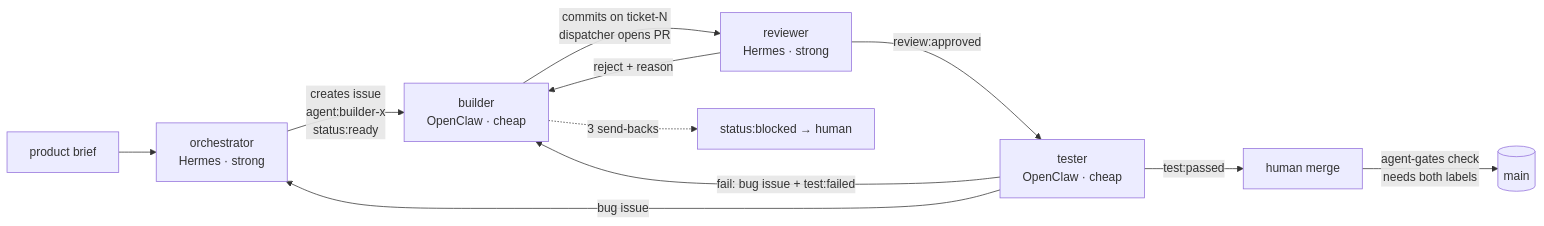
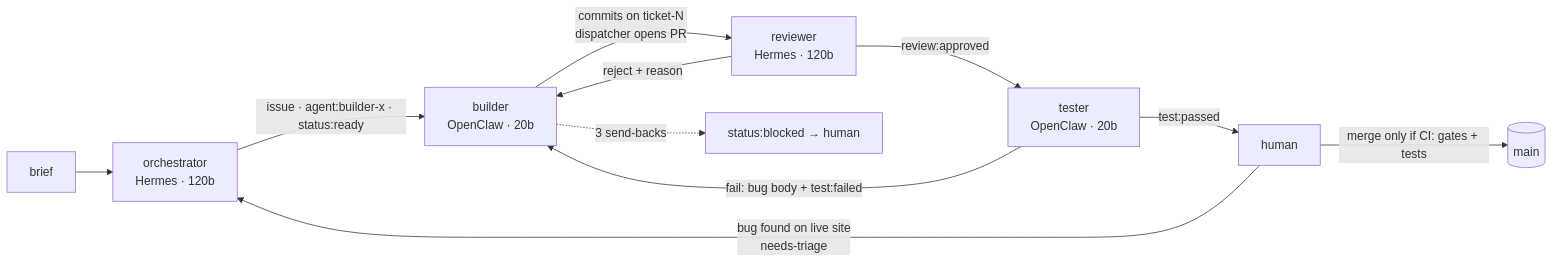
Before and after one commit to khushi-saxena/agent-dev-team: the diagram in DELIVERY.md, drawn with Mermaid. The commit also changed other lines of this file and 12 other files, not shown here.

````diff
--- a/DELIVERY.md
+++ b/DELIVERY.md
@@ -29,13 +42,13 @@
 ```mermaid
 flowchart LR
-  B[product brief] --> O[orchestrator<br/>Hermes · strong]
-  O -->|creates issue<br/>agent:builder-x<br/>status:ready| BU[builder<br/>OpenClaw · cheap]
-  BU -->|commits on ticket-N<br/>dispatcher opens PR| R[reviewer<br/>Hermes · strong]
+  B[brief] --> O[orchestrator<br/>Hermes · 120b]
+  O -->|issue · agent:builder-x · status:ready| BU[builder<br/>OpenClaw · 20b]
+  BU -->|commits on ticket-N<br/>dispatcher opens PR| R[reviewer<br/>Hermes · 120b]
   R -->|reject + reason| BU
-  R -->|review:approved| T[tester<br/>OpenClaw · cheap]
-  T -->|fail: bug issue + test:failed| BU
-  T -->|bug issue| O
-  T -->|test:passed| H[human merge]
-  H -->|agent-gates check<br/>needs both labels| M[(main)]
+  R -->|review:approved| T[tester<br/>OpenClaw · 20b]
+  T -->|fail: bug body + test:failed| BU
+  T -->|test:passed| H[human]
+  H -->|merge only if CI: gates + tests| M[(main)]
+  H -->|bug found on live site<br/>needs-triage| O
   BU -.->|3 send-backs| X[status:blocked → human]
 ```
````
